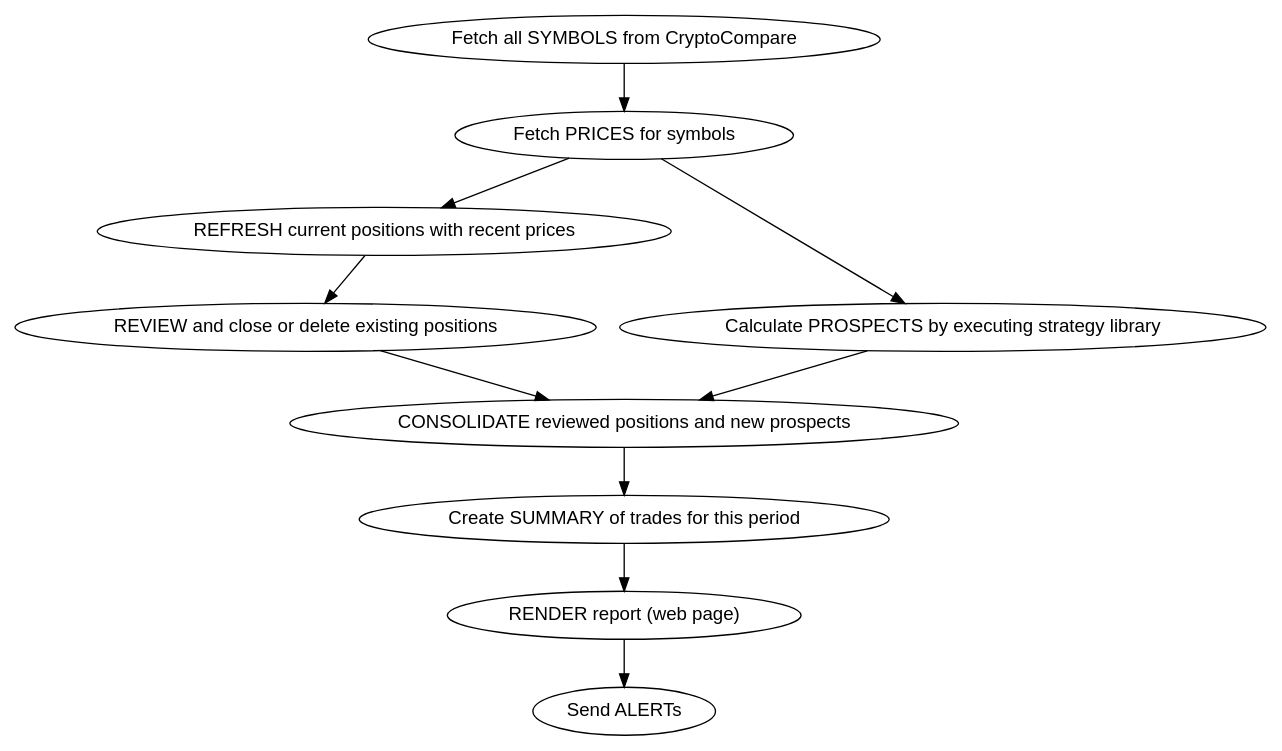
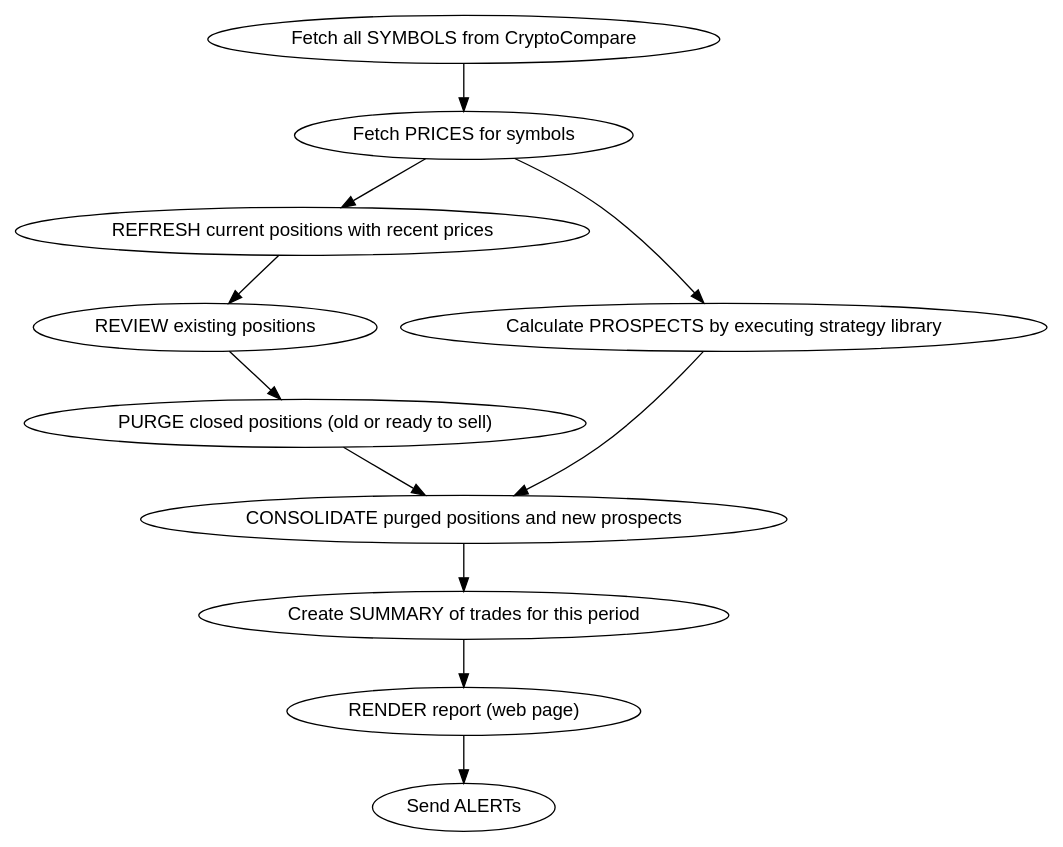
Before and after one commit to deanturpin/handt: the diagram in doc/handt.dot, drawn with Graphviz. The commit also changed 3 other files, not shown here.

Commit message:
Consolidation reads purged positions

```diff
--- a/doc/handt.dot
+++ b/doc/handt.dot
@@ -1,20 +1,25 @@
 digraph {
 
   node [fontname=Helvetica]
 
+  review [label="REVIEW existing positions"]
+  purge [label="PURGE closed positions (old or ready to sell)"]
+  consolidate [label="CONSOLIDATE purged positions and new prospects"]
+
   "Fetch all SYMBOLS from CryptoCompare"
     -> "Fetch PRICES for symbols"
     -> "REFRESH current positions with recent prices"
-    -> "REVIEW and close or delete existing positions"
+    -> review
 
   "Fetch PRICES for symbols"
     -> "Calculate PROSPECTS by executing strategy library"
-    -> "CONSOLIDATE reviewed positions and new prospects"
+    -> consolidate
 
   // Consolidate takes review and new
-  "REVIEW and close or delete existing positions"
-    -> "CONSOLIDATE reviewed positions and new prospects"
+  review
+    -> purge
+    -> consolidate
     -> "Create SUMMARY of trades for this period"
     -> "RENDER report (web page)"
     -> "Send ALERTs"
 }
```
